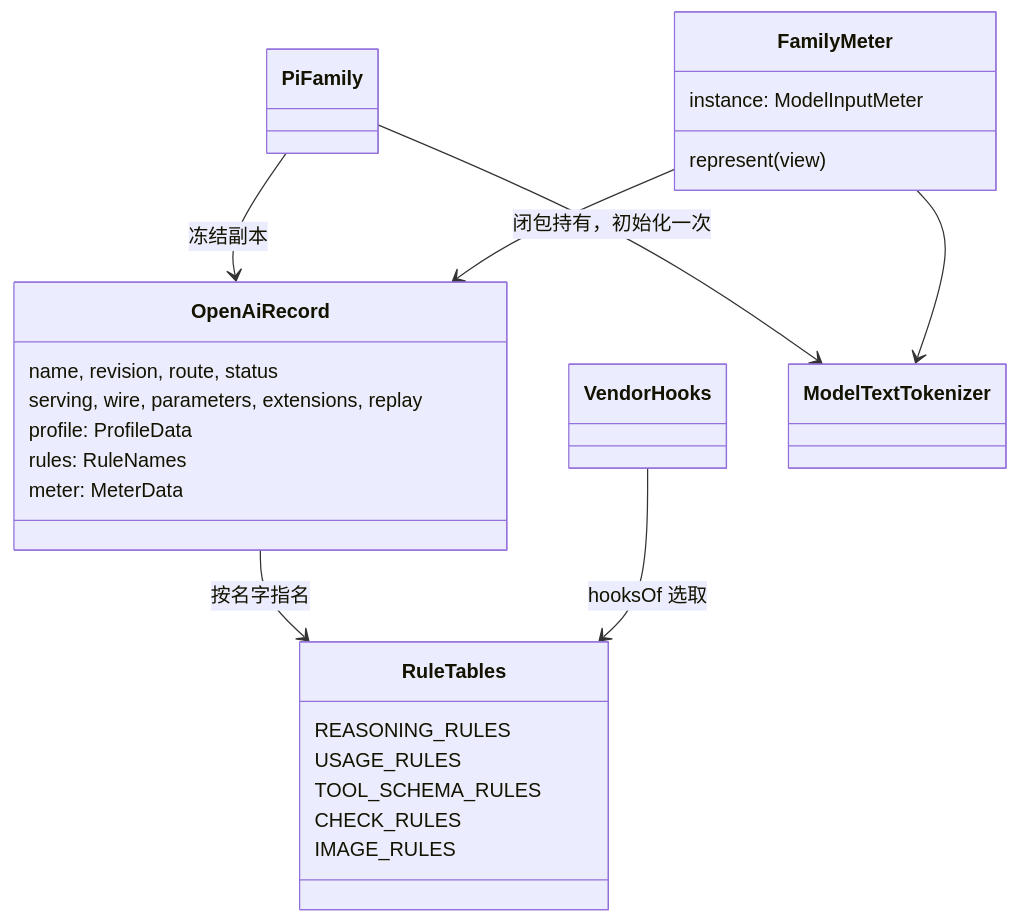
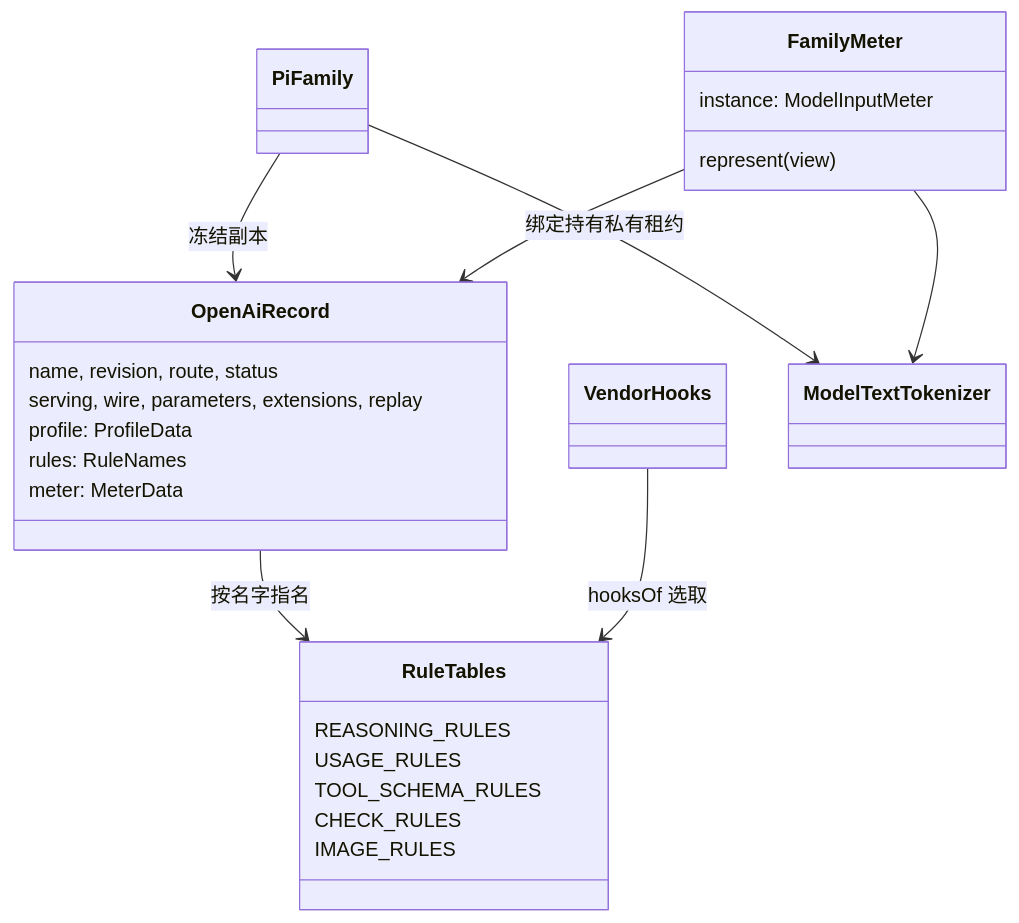
The diagram in packages/model/pi-ai-openai/docs/object-model.md (nemori-ai/omne-harness-lite), drawn with Mermaid before and after one commit. The commit also changed other lines of this file and 75 other files, not shown here.

First line of the commit message:
fix(model): await tokenizer leases and drain preparation measurements

````diff
--- a/packages/model/pi-ai-openai/docs/object-model.md
+++ b/packages/model/pi-ai-openai/docs/object-model.md
@@ -9,29 +9,29 @@
 ```mermaid
 classDiagram
   class OpenAiRecord {
     name, revision, route, status
     serving, wire, parameters, extensions, replay
     profile: ProfileData
     rules: RuleNames
     meter: MeterData
   }
   class RuleTables {
     REASONING_RULES
     USAGE_RULES
     TOOL_SCHEMA_RULES
     CHECK_RULES
     IMAGE_RULES
   }
   class PiFamily
   class FamilyMeter {
     instance: ModelInputMeter
     represent(view)
   }
   class VendorHooks
   OpenAiRecord --> RuleTables : 按名字指名
   PiFamily --> OpenAiRecord : 冻结副本
-  PiFamily --> ModelTextTokenizer : 闭包持有，初始化一次
+  PiFamily --> ModelTextTokenizer : 绑定持有私有租约
   FamilyMeter --> OpenAiRecord
   FamilyMeter --> ModelTextTokenizer
   VendorHooks --> RuleTables : hooksOf 选取
 ```
````
